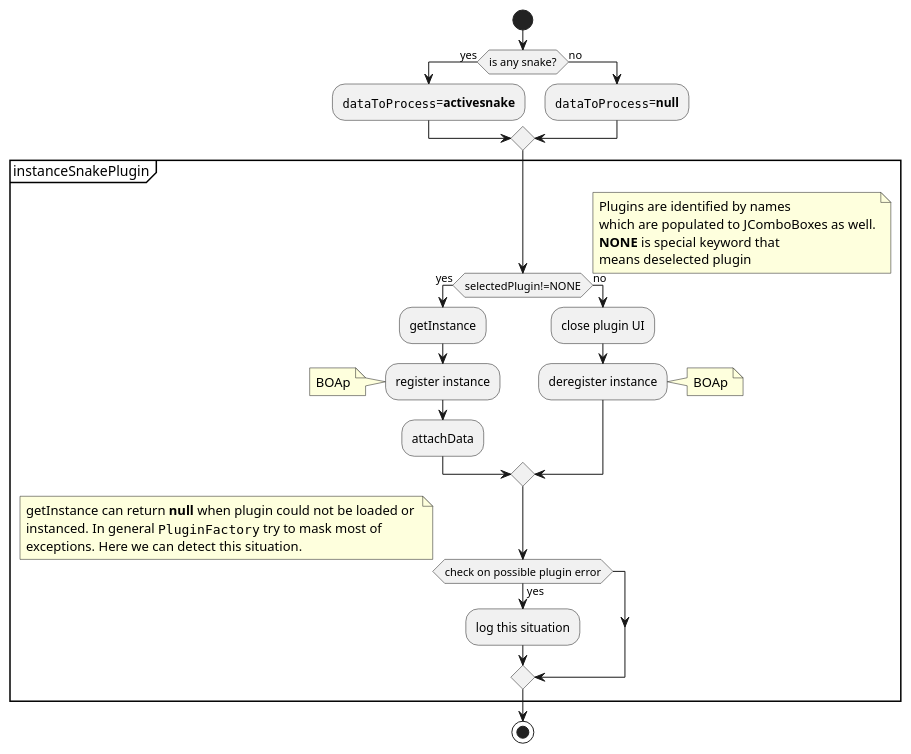
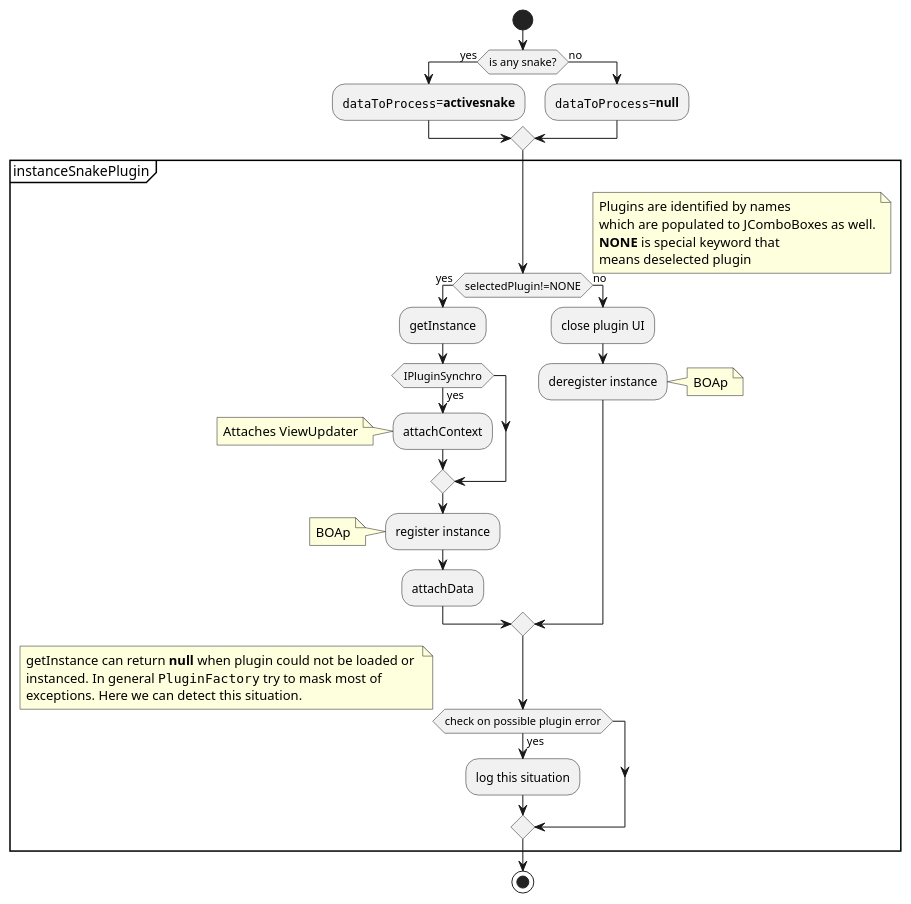
Before and after one commit to CellDynamics/QuimP: the fourth of 6 diagrams in Doxygen_doc/SnakePlugin.md, drawn with PlantUML. The commit also changed other lines of this file and 4 other files, not shown here.

```diff
--- a/Doxygen_doc/SnakePlugin.md
+++ b/Doxygen_doc/SnakePlugin.md
@@ -218,35 +226,39 @@
 @startuml
 start
 if (is any snake?) then (yes)
     :""dataToProcess""=**activesnake**;
 else (no)
     :""dataToProcess""=**null**;
 endif
 partition instanceSnakePlugin {
 if (selectedPlugin!=NONE) then (yes)
 :getInstance;
+if (IPluginSynchro) then (yes)
+:attachContext;
+note left :Attaches ViewUpdater
+endif
 :register instance;
 note left: BOAp
 :attachData;
 else (no)
 note right
 Plugins are identified by names
 which are populated to JComboBoxes as well.
 **NONE** is special keyword that
 means deselected plugin
 end note
 :close plugin UI;
 :deregister instance;
 note right: BOAp
 endif
 if (check on possible plugin error) then (yes)
 :log this situation;
 endif
 note right
 getInstance can return **null** when plugin could not be loaded or 
 instanced. In general ""PluginFactory"" try to mask most of 
 exceptions. Here we can detect this situation.
 end note
 }
 stop
 @enduml
```
